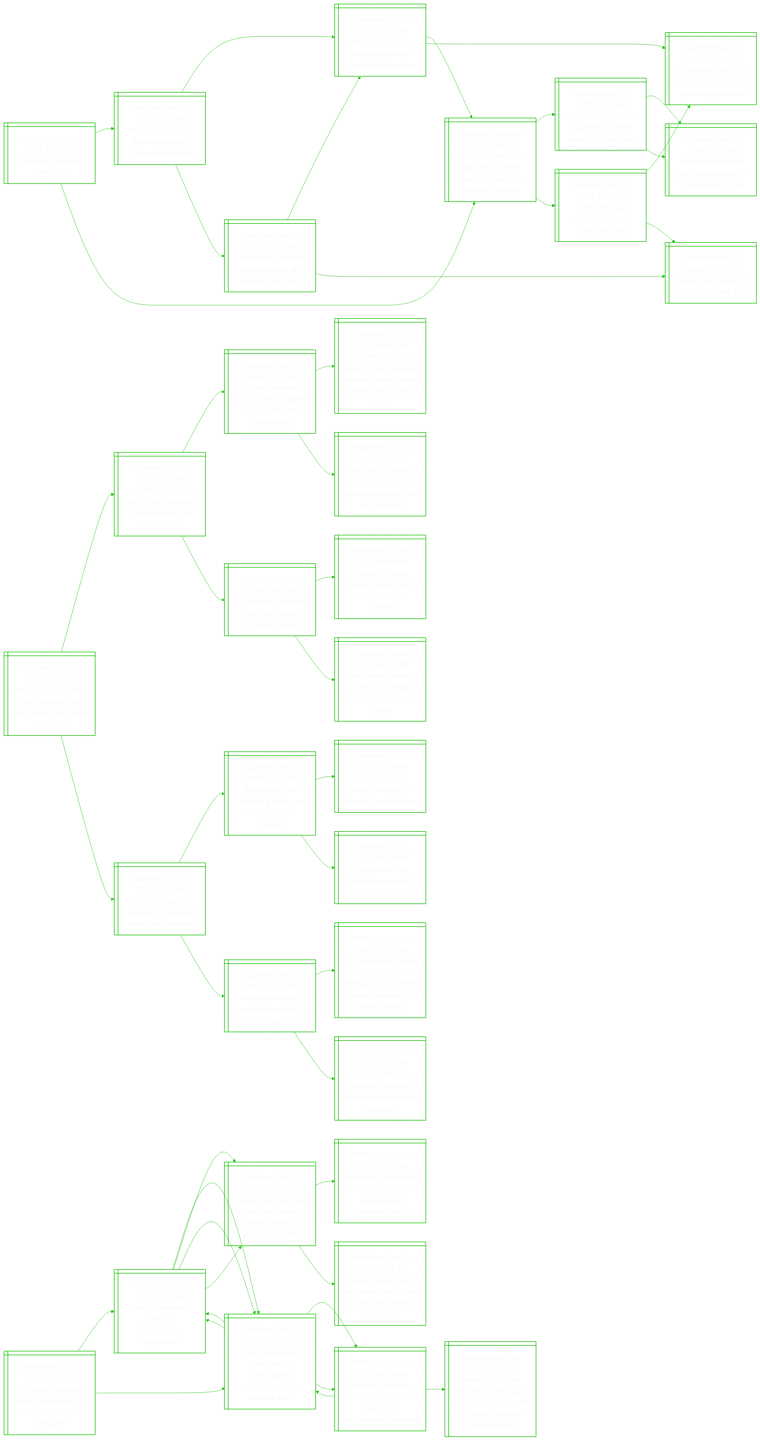
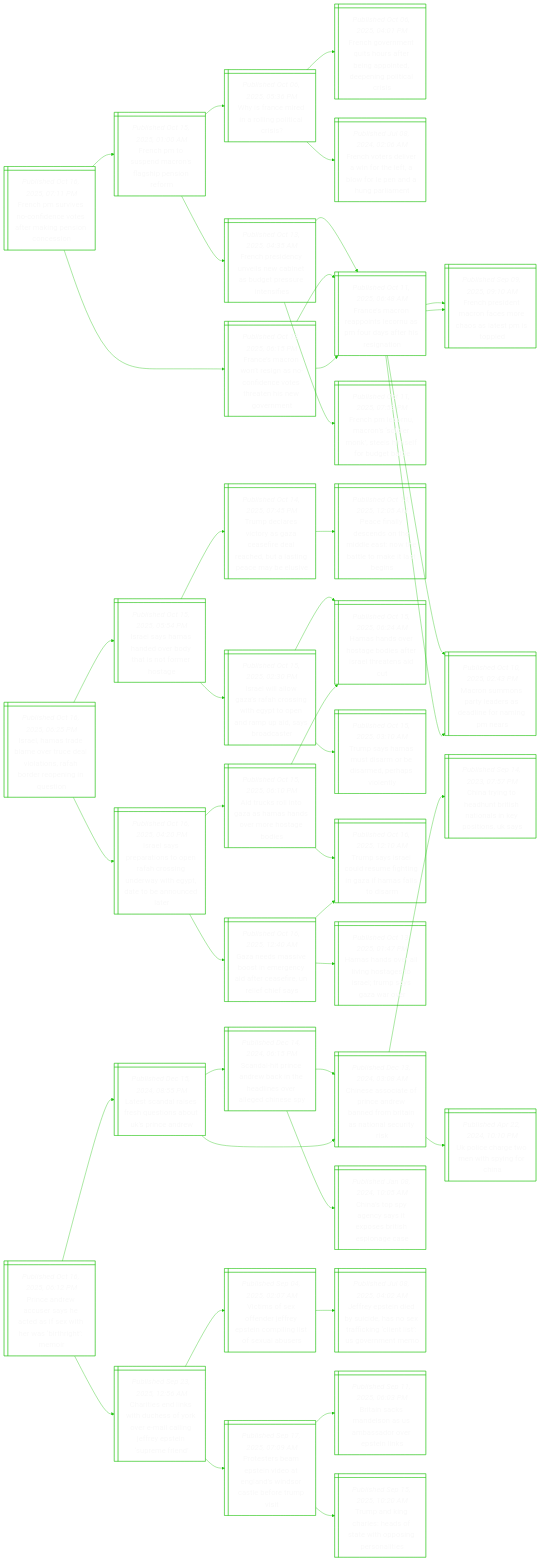
The diagram in README.md (notJmes/notJmes), drawn with Mermaid before and after one commit. The commit also changed other lines of this file, not shown here.

````diff
--- a/README.md
+++ b/README.md
@@ -16,142 +16,136 @@
 flowchart LR
 classDef txtsize font-size:20px;
 
-Uaasaa@{ shape: win-pane, label: "_Published Oct 16, 2025, 03:55 PM_
-Uruguay legalises euthanasia" }
-Tgafsynecr@{ shape: win-pane, label: "_Published Jun 20, 2025, 09:22 PM_
-The legal status of assisted dying in different countries" }
-Bsmstaridl@{ shape: win-pane, label: "_Published Jun 20, 2025, 07:07 AM_
-British lawmakers to vote on landmark assisted dying law" }
-FhaavidBatypa@{ shape: win-pane, label: "_Published May 28, 2025, 02:08 AM_
-French lawmakers approve assisted dying bill, paving the way for approval" }
-Oidaryopcsv@{ shape: win-pane, label: "_Published Nov 28, 2024, 05:00 PM_
-On assisted dying, are we really any good at predicting survival?" }
-Bsdesyaaee@{ shape: win-pane, label: "_Published Jun 20, 2025, 07:15 PM_
-British mps debate assisted dying law ahead of key vote" }
-Bsmstaridl@{ shape: win-pane, label: "_Published Jun 20, 2025, 07:07 AM_
-British lawmakers to vote on landmark assisted dying law" }
-Bsmstsen@{ shape: win-pane, label: "_Published Nov 28, 2024, 06:50 PM_
-British lawmakers to vote on assisted dying" }
-FhaavidBatypa@{ shape: win-pane, label: "_Published May 28, 2025, 02:08 AM_
-French lawmakers approve assisted dying bill, paving the way for approval" }
-SaampeidBno@{ shape: win-pane, label: "_Published May 14, 2025, 02:27 AM_
-Scotland’s parliament approves assisted dying bill in key vote" }
-Bsmsiaposyi@{ shape: win-pane, label: "_Published Nov 29, 2024, 10:32 PM_
-British lawmakers give initial support to assisted dying bill" }
-Bsmsiaposyi@{ shape: win-pane, label: "_Published Nov 29, 2024, 10:32 PM_
-British lawmakers give initial support to assisted dying bill" }
-IsITnrrtl@{ shape: win-pane, label: "_Published Feb 12, 2025, 12:48 AM_
-In first for italy, tuscany approves right-to-die law" }
-Oidaryopcsv@{ shape: win-pane, label: "_Published Nov 28, 2024, 05:00 PM_
-On assisted dying, are we really any good at predicting survival?" }
-Bsmstsen@{ shape: win-pane, label: "_Published Nov 28, 2024, 06:50 PM_
-British lawmakers to vote on assisted dying" }
+Fhrsnnttkenen@{ shape: win-pane, label: "_Published Oct 16, 2025, 07:11 PM_
+French pm survives no-confidence votes after making pension concession" }
+Fhsnrlise@{ shape: win-pane, label: "_Published Oct 15, 2025, 01:00 AM_
+French pm to suspend macron's flagship pension reform" }
+WFedogtcs@{ shape: win-pane, label: "_Published Oct 06, 2025, 05:36 PM_
+Why is france mired in a rolling political crisis?" }
+Fhrtssrgidnoci@{ shape: win-pane, label: "_Published Oct 06, 2025, 04:01 PM_
+French government quits hours after being appointed, deepening political crisis" }
+Fhriwrelrnham@{ shape: win-pane, label: "_Published Jul 08, 2024, 02:06 AM_
+French voters deliver a win for the left, a blow for le pen and a hung parliament" }
+Fhiyiwnbtsni@{ shape: win-pane, label: "_Published Oct 13, 2025, 04:35 AM_
+French presidency unveils new cabinet as budget pressure intensifies" }
+Ferancaoyernn@{ shape: win-pane, label: "_Published Oct 11, 2025, 06:48 AM_
+France’s macron reappoints lecornu as pm four days after his resignation" }
+FhcMndoeifube@{ shape: win-pane, label: "_Published Oct 11, 2025, 07:59 PM_
+French pm lecornu, macron’s ‘soldier monk’, steels himself for budget battle" }
+Ferninfceehwrt@{ shape: win-pane, label: "_Published Oct 13, 2025, 06:15 PM_
+France’s macron won’t resign as no-confidence votes threaten his new government" }
+Ferancaoyernn@{ shape: win-pane, label: "_Published Oct 11, 2025, 06:48 AM_
+France’s macron reappoints lecornu as pm four days after his resignation" }
+FhiMnscaeip@{ shape: win-pane, label: "_Published Sep 09, 2025, 09:10 AM_
+French president macron faces more chaos as latest pm is toppled" }
+MnoraadfmMs@{ shape: win-pane, label: "_Published Oct 10, 2025, 02:43 PM_
+Macron summons party leaders as deadline for naming pm nears" }
+Ferancaoyernn@{ shape: win-pane, label: "_Published Oct 11, 2025, 06:48 AM_
+France’s macron reappoints lecornu as pm four days after his resignation" }
+FhiMnscaeip@{ shape: win-pane, label: "_Published Sep 09, 2025, 09:10 AM_
+French president macron faces more chaos as latest pm is toppled" }
+MnoraadfmMs@{ shape: win-pane, label: "_Published Oct 10, 2025, 02:43 PM_
+Macron summons party leaders as deadline for naming pm nears" }
 
-Uaasaa:::txtsize --> Tgafsynecr:::txtsize
-Tgafsynecr:::txtsize --> Bsmstaridl:::txtsize
-Bsmstaridl:::txtsize --> FhaavidBatypa:::txtsize
-Bsmstaridl:::txtsize --> Oidaryopcsv:::txtsize
-Tgafsynecr:::txtsize --> Bsdesyaaee:::txtsize
-Bsdesyaaee:::txtsize --> Bsmstaridl:::txtsize
-Bsdesyaaee:::txtsize --> Bsmstsen:::txtsize
-Uaasaa:::txtsize --> FhaavidBatypa:::txtsize
-FhaavidBatypa:::txtsize --> SaampeidBno:::txtsize
-SaampeidBno:::txtsize --> Bsmsiaposyi:::txtsize
-SaampeidBno:::txtsize --> Bsmsiaposyi:::txtsize
-FhaavidBatypa:::txtsize --> IsITnrrtl:::txtsize
-IsITnrrtl:::txtsize --> Oidaryopcsv:::txtsize
-IsITnrrtl:::txtsize --> Bsmstsen:::txtsize
+Fhrsnnttkenen:::txtsize --> Fhsnrlise:::txtsize
+Fhsnrlise:::txtsize --> WFedogtcs:::txtsize
+WFedogtcs:::txtsize --> Fhrtssrgidnoci:::txtsize
+WFedogtcs:::txtsize --> Fhriwrelrnham:::txtsize
+Fhsnrlise:::txtsize --> Fhiyiwnbtsni:::txtsize
+Fhiyiwnbtsni:::txtsize --> Ferancaoyernn:::txtsize
+Fhiyiwnbtsni:::txtsize --> FhcMndoeifube:::txtsize
+Fhrsnnttkenen:::txtsize --> Ferninfceehwrt:::txtsize
+Ferninfceehwrt:::txtsize --> Ferancaoyernn:::txtsize
+Ferancaoyernn:::txtsize --> FhiMnscaeip:::txtsize
+Ferancaoyernn:::txtsize --> MnoraadfmMs:::txtsize
+Ferninfceehwrt:::txtsize --> Ferancaoyernn:::txtsize
+Ferancaoyernn:::txtsize --> FhiMnscaeip:::txtsize
+Ferancaoyernn:::txtsize --> MnoraadfmMs:::txtsize
 
-Unaaeegiusdt@{ shape: win-pane, label: "_Published Oct 16, 2025, 02:41 PM_
-Us agency blames faulty engineering for titan submersible disaster" }
-Tsreitois@{ shape: win-pane, label: "_Published Jun 23, 2023, 06:45 AM_
-Titan submersible: what is a ‘catastrophic implosion’?" }
-Tsreriapmilrd@{ shape: win-pane, label: "_Published Jun 23, 2023, 03:23 AM_
-Titan submersible destroyed in ‘catastrophic implosion’, all 5 aboard dead" }
-Ttuoeldfiusid@{ shape: win-pane, label: "_Published Jun 23, 2023, 09:55 AM_
-Tributes pour in for five people who died after titan submersible imploded" }
-Tsreitois@{ shape: win-pane, label: "_Published Jun 23, 2023, 06:45 AM_
-Titan submersible: what is a ‘catastrophic implosion’?" }
-Tifixoeenstm@{ shape: win-pane, label: "_Published Jun 21, 2023, 07:15 AM_
-Titanic sub firm fired exec who raised safety concerns: court documents" }
-Recitsreridad@{ shape: win-pane, label: "_Published Jun 21, 2023, 02:37 AM_
-Rescuers race to find titanic submersible after hearing undersea sounds" }
-Emeshsroosic@{ shape: win-pane, label: "_Published Jun 21, 2023, 04:45 AM_
-‘every minute feels like hours,’ says friend of man on missing titanic sub" }
-Tsreriapmilrd@{ shape: win-pane, label: "_Published Jun 23, 2023, 03:23 AM_
-Titan submersible destroyed in ‘catastrophic implosion’, all 5 aboard dead" }
-Ttuoeldfiusid@{ shape: win-pane, label: "_Published Jun 23, 2023, 09:55 AM_
-Tributes pour in for five people who died after titan submersible imploded" }
-Tsreriapmilrd@{ shape: win-pane, label: "_Published Jun 23, 2023, 03:23 AM_
-Titan submersible destroyed in ‘catastrophic implosion’, all 5 aboard dead" }
-BsomnaudufdtGerc@{ shape: win-pane, label: "_Published Jun 20, 2023, 05:35 PM_
-British tycoon on missing titanic sub is adventure buff, holder of three guinness world records" }
-Tsreitois@{ shape: win-pane, label: "_Published Jun 23, 2023, 06:45 AM_
-Titan submersible: what is a ‘catastrophic implosion’?" }
-Tsreriapmilrd@{ shape: win-pane, label: "_Published Jun 23, 2023, 03:23 AM_
-Titan submersible destroyed in ‘catastrophic implosion’, all 5 aboard dead" }
-Tifixoeenstm@{ shape: win-pane, label: "_Published Jun 21, 2023, 07:15 AM_
-Titanic sub firm fired exec who raised safety concerns: court documents" }
+Ilseetdiiaornnt@{ shape: win-pane, label: "_Published Oct 16, 2025, 06:25 PM_
+Israel, hamas trade blame over truce deal violations, rafah border reopening in question" }
+IlHhdbhnroe@{ shape: win-pane, label: "_Published Oct 15, 2025, 05:54 PM_
+Israel says hamas handed over body that is not former hostage" }
+Tdrcaaededlncbs@{ shape: win-pane, label: "_Published Oct 14, 2025, 07:45 PM_
+Trump declares victory as gaza ceasefire deal reached, but a lasting peace may be elusive" }
+PflcoMeNelale@{ shape: win-pane, label: "_Published Oct 14, 2025, 12:05 AM_
+Peace finally descends on the middle east: now the battle to make it last begins" }
+IlaGRcitppdusra@{ shape: win-pane, label: "_Published Oct 15, 2025, 02:30 PM_
+Israel will allow gaza’s rafah crossing with egypt to open and ramp up aid, says broadcaster" }
+Hhooeeearnc@{ shape: win-pane, label: "_Published Oct 15, 2025, 06:24 AM_
+Hamas hands over hostage bodies after israel threatens aid cut" }
+Tsausrsdaol@{ shape: win-pane, label: "_Published Oct 15, 2025, 03:10 AM_
+Trump says hamas must disarm or be disarmed, perhaps violently" }
+Ilprnpfogriyteul@{ shape: win-pane, label: "_Published Oct 16, 2025, 04:20 PM_
+Israel says preparations to open rafah crossing underway with egypt, date to be announced later" }
+Auotamneead@{ shape: win-pane, label: "_Published Oct 15, 2025, 06:10 PM_
+Aid trucks roll into gaza as hamas hands over more hostage bodies" }
+Hhooeeearnc@{ shape: win-pane, label: "_Published Oct 15, 2025, 06:24 AM_
+Hamas hands over hostage bodies after israel threatens aid cut" }
+Tsscretniali@{ shape: win-pane, label: "_Published Oct 16, 2025, 12:10 AM_
+Trump says israel could resume fighting in gaza if hamas fails to disarm" }
+GeaetecacfNees@{ shape: win-pane, label: "_Published Oct 16, 2025, 12:40 AM_
+Gaza needs massive boost in emergency aid after ceasefire, un relief chief says" }
+Hholissrrazo@{ shape: win-pane, label: "_Published Oct 13, 2025, 01:47 PM_
+Hamas hands over all living hostages to israel; trump says gaza war over" }
+Tsscretniali@{ shape: win-pane, label: "_Published Oct 16, 2025, 12:10 AM_
+Trump says israel could resume fighting in gaza if hamas fails to disarm" }
 
-Unaaeegiusdt:::txtsize --> Tsreitois:::txtsize
-Tsreitois:::txtsize --> Tsreriapmilrd:::txtsize
-Tsreriapmilrd:::txtsize --> Ttuoeldfiusid:::txtsize
-Tsreriapmilrd:::txtsize --> Tsreitois:::txtsize
-Tsreitois:::txtsize --> Tifixoeenstm:::txtsize
-Tifixoeenstm:::txtsize --> Recitsreridad:::txtsize
-Tifixoeenstm:::txtsize --> Emeshsroosic:::txtsize
-Unaaeegiusdt:::txtsize --> Tsreriapmilrd:::txtsize
-Tsreriapmilrd:::txtsize --> Ttuoeldfiusid:::txtsize
-Ttuoeldfiusid:::txtsize --> Tsreriapmilrd:::txtsize
-Ttuoeldfiusid:::txtsize --> BsomnaudufdtGerc:::txtsize
-Tsreriapmilrd:::txtsize --> Tsreitois:::txtsize
-Tsreitois:::txtsize --> Tsreriapmilrd:::txtsize
-Tsreitois:::txtsize --> Tifixoeenstm:::txtsize
+Ilseetdiiaornnt:::txtsize --> IlHhdbhnroe:::txtsize
+IlHhdbhnroe:::txtsize --> Tdrcaaededlncbs:::txtsize
+Tdrcaaededlncbs:::txtsize --> PflcoMeNelale:::txtsize
+IlHhdbhnroe:::txtsize --> IlaGRcitppdusra:::txtsize
+IlaGRcitppdusra:::txtsize --> Hhooeeearnc:::txtsize
+IlaGRcitppdusra:::txtsize --> Tsausrsdaol:::txtsize
+Ilseetdiiaornnt:::txtsize --> Ilprnpfogriyteul:::txtsize
+Ilprnpfogriyteul:::txtsize --> Auotamneead:::txtsize
+Auotamneead:::txtsize --> Hhooeeearnc:::txtsize
+Auotamneead:::txtsize --> Tsscretniali:::txtsize
+Ilprnpfogriyteul:::txtsize --> GeaetecacfNees:::txtsize
+GeaetecacfNees:::txtsize --> Hholissrrazo:::txtsize
+GeaetecacfNees:::txtsize --> Tsscretniali:::txtsize
 
-PAmioirbnrarg@{ shape: win-pane, label: "_Published Oct 16, 2025, 02:10 PM_
-Paris agreement dials down climate risks but danger from heat is growing" }
-Cttmghrroew@{ shape: win-pane, label: "_Published Oct 24, 2024, 10:21 PM_
-Climate set to warm by 3.1 deg c without greater action, un report warns" }
-Hdeartwrtih@{ shape: win-pane, label: "_Published Oct 07, 2024, 05:00 AM_
-Hot and bothered: can s’pore’s outdoor workers beat the rising heat?" }
-Mluhotgirsrguta@{ shape: win-pane, label: "_Published Oct 07, 2024, 05:00 AM_
-‘mentally, you just have to push through’: delivery riders endure longer hours, hotter days" }
-Ttnitreeispos@{ shape: win-pane, label: "_Published Oct 07, 2024, 05:00 AM_
-Too hot to handle? rising temperatures pose growing risk for port workers" }
-SlToivicei@{ shape: win-pane, label: "_Published Jun 14, 2024, 12:45 PM_
-St explains: the global fight over climate change funding" }
-Ctnntsaost@{ shape: win-pane, label: "_Published Jun 14, 2024, 04:46 AM_
-Climate change funding talks stuck ahead of cop29 summit" }
-DowiUmulau@{ shape: win-pane, label: "_Published Apr 09, 2024, 02:30 PM_
-Don’t forget women in new un climate fund, policymakers urged" }
-Ntnosager@{ shape: win-pane, label: "_Published Oct 13, 2025, 11:10 AM_
-Not nothing, not enough: is the paris agreement working?" }
-Smhotanrmor@{ shape: win-pane, label: "_Published Oct 09, 2025, 10:31 AM_
-September third-hottest globally on record: climate monitor" }
-Hogomfhtd@{ shape: win-pane, label: "_Published Oct 08, 2025, 10:05 PM_
-Hong kong logs record number of ‘very hot’ october days" }
-SmatnraOw@{ shape: win-pane, label: "_Published Oct 01, 2025, 04:55 PM_
-September was hottest on record in japan’s okinawa" }
-Ranghsocne@{ shape: win-pane, label: "_Published Oct 07, 2025, 01:21 PM_
-Renewable energy growth slows due to policy changes: report" }
-Ctlilranbhattlgn@{ shape: win-pane, label: "_Published Sep 24, 2024, 01:25 PM_
-Climate goal to triple global renewable energy by 2030 within reach: international energy agency" }
-Ualeeuakfabe@{ shape: win-pane, label: "_Published Jun 30, 2025, 11:41 PM_
-Us senate bill’s clean energy cuts draw backlash from labour, business" }
+Peeuaaaehatho@{ shape: win-pane, label: "_Published Oct 16, 2025, 06:12 PM_
+Prince andrew accuser says he acted as if sex with her was ‘birthright’: memoir" }
+Ltdiruooscr@{ shape: win-pane, label: "_Published Dec 15, 2024, 08:55 PM_
+Latest scandal raises fresh questions about uk’s prince andrew" }
+SaPeekeloldey@{ shape: win-pane, label: "_Published Dec 14, 2024, 06:15 PM_
+Scandal-hit prince andrew back in the headlines over alleged chinese spy" }
+CsoeinbdBiaaur@{ shape: win-pane, label: "_Published Dec 13, 2024, 03:08 AM_
+Chinese associate of prince andrew banned from britain as national security risk" }
+Cspnyxsipge@{ shape: win-pane, label: "_Published Jan 08, 2024, 10:05 AM_
+China’s top spy agency says it exposes british espionage case" }
+CsoeinbdBiaaur@{ shape: win-pane, label: "_Published Dec 13, 2024, 03:08 AM_
+Chinese associate of prince andrew banned from britain as national security risk" }
+Ctgatitleisy@{ shape: win-pane, label: "_Published Sep 14, 2023, 07:57 PM_
+China trying to headhunt british nationals in key positions, uk says" }
+Uiawwpfi@{ shape: win-pane, label: "_Published Apr 22, 2024, 10:10 PM_
+Uk police charge two men with spying for china" }
+CtnkheYvalJetuen@{ shape: win-pane, label: "_Published Sep 23, 2025, 12:56 AM_
+Charities end links with duchess of york over e-mail calling jeffrey epstein ‘supreme friend’" }
+VmeeJetoisear@{ shape: win-pane, label: "_Published Sep 04, 2025, 02:07 AM_
+Victims of sex offender jeffrey epstein compiling list of sexual abusers" }
+Jetisdntigntvem@{ shape: win-pane, label: "_Published Jul 08, 2025, 04:02 AM_
+Jeffrey epstein died by suicide, has no sex trafficking ‘client list’: us government memo" }
+PsbpnogssseTv@{ shape: win-pane, label: "_Published Sep 17, 2025, 07:09 AM_
+Protesters beam epstein video at england’s windsor castle before trump visit" }
+Bikdnasopns@{ shape: win-pane, label: "_Published Sep 11, 2025, 06:03 PM_
+Britain sacks mandelson as us ambassador over epstein links" }
+Tanrefeoirls@{ shape: win-pane, label: "_Published Sep 15, 2025, 10:20 AM_
+Trump and king charles: heads of state with opposing personalities" }
 
-PAmioirbnrarg:::txtsize --> Cttmghrroew:::txtsize
-Cttmghrroew:::txtsize --> Hdeartwrtih:::txtsize
-Hdeartwrtih:::txtsize --> Mluhotgirsrguta:::txtsize
-Hdeartwrtih:::txtsize --> Ttnitreeispos:::txtsize
-Cttmghrroew:::txtsize --> SlToivicei:::txtsize
-SlToivicei:::txtsize --> Ctnntsaost:::txtsize
-SlToivicei:::txtsize --> DowiUmulau:::txtsize
-PAmioirbnrarg:::txtsize --> Ntnosager:::txtsize
-Ntnosager:::txtsize --> Smhotanrmor:::txtsize
-Smhotanrmor:::txtsize --> Hogomfhtd:::txtsize
-Smhotanrmor:::txtsize --> SmatnraOw:::txtsize
-Ntnosager:::txtsize --> Ranghsocne:::txtsize
-Ranghsocne:::txtsize --> Ctlilranbhattlgn:::txtsize
-Ranghsocne:::txtsize --> Ualeeuakfabe:::txtsize
+Peeuaaaehatho:::txtsize --> Ltdiruooscr:::txtsize
+Ltdiruooscr:::txtsize --> SaPeekeloldey:::txtsize
+SaPeekeloldey:::txtsize --> CsoeinbdBiaaur:::txtsize
+SaPeekeloldey:::txtsize --> Cspnyxsipge:::txtsize
+Ltdiruooscr:::txtsize --> CsoeinbdBiaaur:::txtsize
+CsoeinbdBiaaur:::txtsize --> Ctgatitleisy:::txtsize
+CsoeinbdBiaaur:::txtsize --> Uiawwpfi:::txtsize
+Peeuaaaehatho:::txtsize --> CtnkheYvalJetuen:::txtsize
+CtnkheYvalJetuen:::txtsize --> VmeeJetoisear:::txtsize
+VmeeJetoisear:::txtsize --> Jetisdntigntvem:::txtsize
+CtnkheYvalJetuen:::txtsize --> PsbpnogssseTv:::txtsize
+PsbpnogssseTv:::txtsize --> Bikdnasopns:::txtsize
+PsbpnogssseTv:::txtsize --> Tanrefeoirls:::txtsize
 
 ```
````
